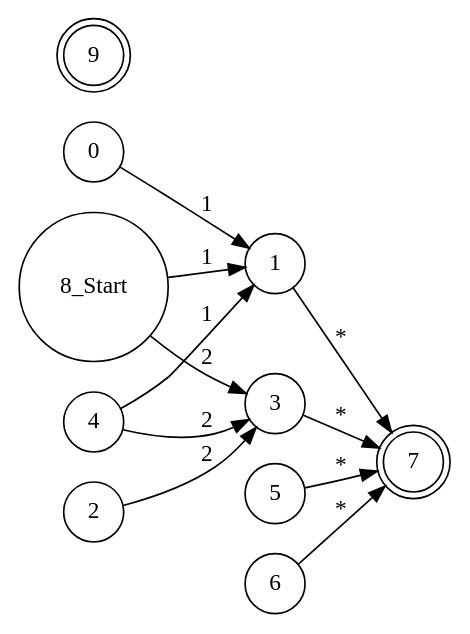
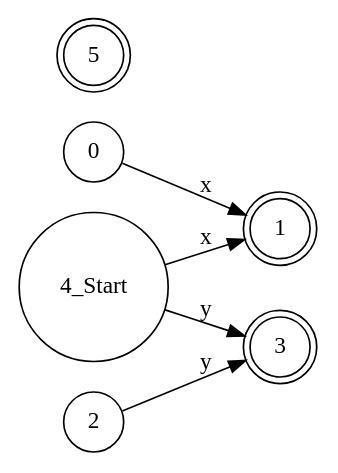
One commit to vnmsklnk/Interpreter-RegEx changed the diagram in eps-closure-without-eps-edges.dot. Above: the diagram before and after it, drawn with Graphviz. The commit also changed 3 other files, not shown here.

```diff
--- a/eps-closure-without-eps-edges.dot
+++ b/eps-closure-without-eps-edges.dot
@@ -1,28 +1,17 @@
 digraph nfa
 {
 rankdir = LR
 node [shape = circle];
-8[shape = circle, label = "8_Start"]
-0 -> 1 [label = "1"]
+4[shape = circle, label = "4_Start"]
+0 -> 1 [label = "x"]
 
-2 -> 3 [label = "2"]
+2 -> 3 [label = "y"]
 
-1 -> 7 [label = "*"]
+4 -> 1 [label = "x"]
 
-3 -> 7 [label = "*"]
+4 -> 3 [label = "y"]
 
-4 -> 1 [label = "1"]
-
-4 -> 3 [label = "2"]
-
-5 -> 7 [label = "*"]
-
-6 -> 7 [label = "*"]
-
-8 -> 1 [label = "1"]
-
-8 -> 3 [label = "2"]
-
-7[shape = doublecircle]
-9[shape = doublecircle]
+1[shape = doublecircle]
+3[shape = doublecircle]
+5[shape = doublecircle]
 }
```
